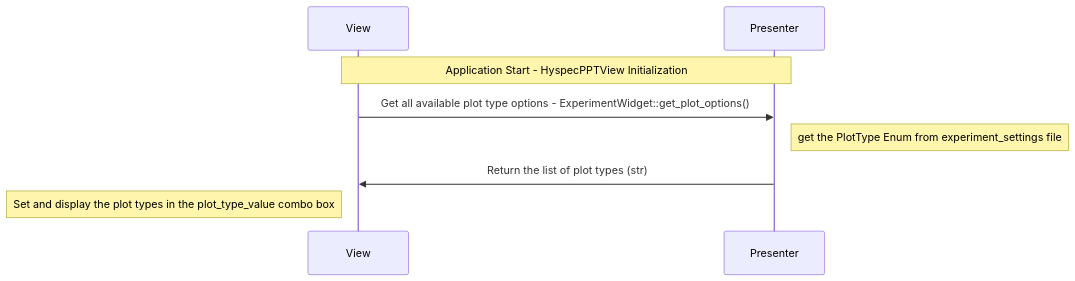
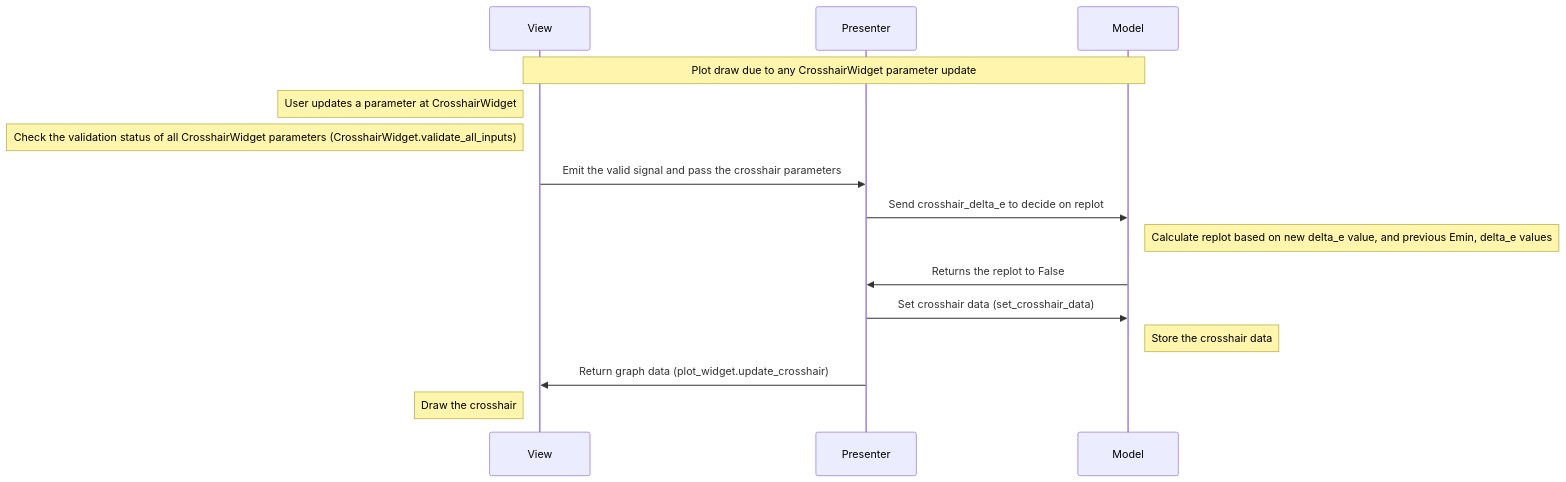
The sixth of 14 diagrams in docs/source/design/hyspecpptclasses.rst (neutrons/hyspecppt), drawn with Mermaid before and after one commit. The commit also changed other lines of this file and 8 other files, not shown here.

```diff
--- a/docs/source/design/hyspecpptclasses.rst
+++ b/docs/source/design/hyspecpptclasses.rst
@@ -479,11 +254,18 @@
-    .. mermaid::
+        .. mermaid::
 
-        sequenceDiagram
-            participant View
-            participant Presenter
+            sequenceDiagram
+                participant View
+                participant Presenter
+                participant Model
 
-            Note over View,Presenter: Application Start - HyspecPPTView Initialization
-            View->>Presenter: Get all available plot type options - ExperimentWidget::get_plot_options()
-            Note right of Presenter: get the PlotType Enum from experiment_settings file
-            Presenter->>View: Return the list of plot types (str)
-            Note left of View: Set and display the plot types in the plot_type_value combo box
+                Note over View,Model: Plot draw due to any CrosshairWidget parameter update
+                Note left of View: User updates a parameter at CrosshairWidget
+                Note left of View: Check the validation status of all CrosshairWidget parameters (CrosshairWidget.validate_all_inputs)
+                View->>Presenter: Emit the valid signal and pass the crosshair parameters
+                Presenter->>Model: Send crosshair_delta_e to decide on replot
+                Note right of Model: Calculate replot based on new delta_e value, and previous Emin, delta_e values
+                Model->>Presenter: Returns the replot to False
+                Presenter->>Model: Set crosshair data (set_crosshair_data)
+                Note right of Model: Store the crosshair data
+                Presenter->>View: Return graph data (plot_widget.update_crosshair)
+                Note left of View: Draw the crosshair
```
